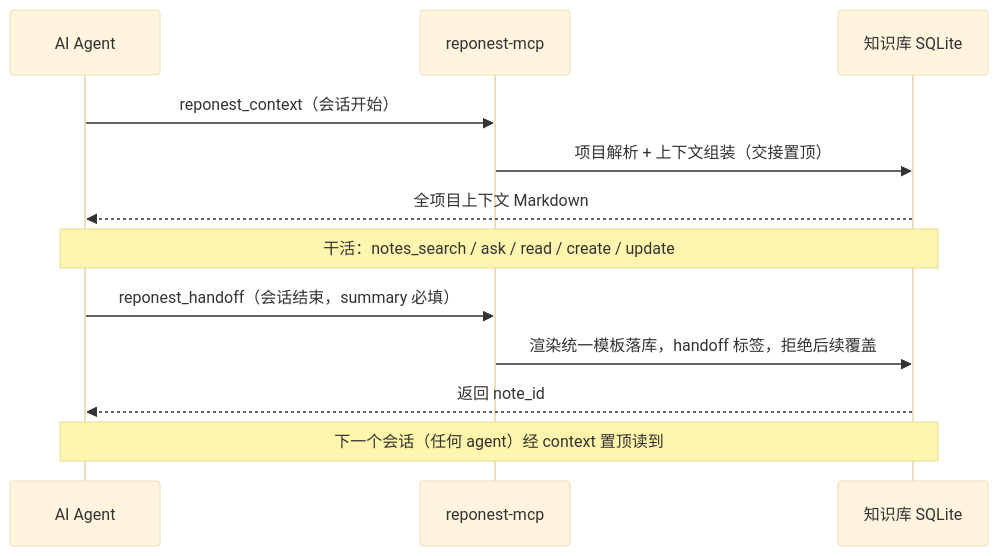
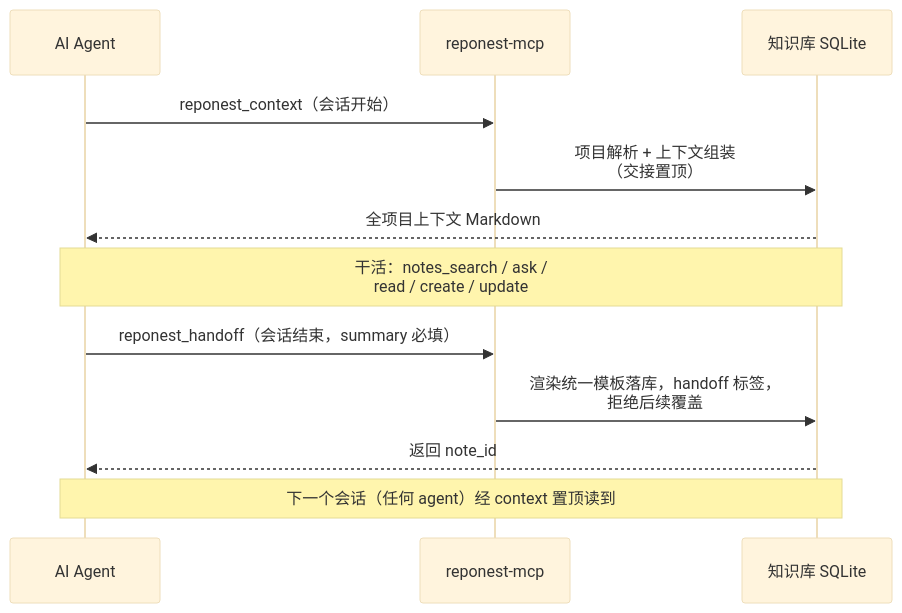
One commit to sky-jiangcheng/RepoNest changed the diagram in docs/features/ai-integration.md. Above: the diagram before and after it, drawn with Mermaid (base theme). The commit also changed 8 other files, not shown here.

Commit message:
docs(diagrams): improve readability of dense architecture diagrams

````diff
--- a/docs/features/ai-integration.md
+++ b/docs/features/ai-integration.md
@@ -36,14 +36,14 @@
 ```mermaid
 sequenceDiagram
     participant A as AI Agent
     participant R as reponest-mcp
     participant K as 知识库 SQLite
     A->>R: reponest_context（会话开始）
-    R->>K: 项目解析 + 上下文组装（交接置顶）
+    R->>K: 项目解析 + 上下文组装<br>（交接置顶）
     K-->>A: 全项目上下文 Markdown
-    Note over A,K: 干活：notes_search / ask / read / create / update
+    Note over A,K: 干活：notes_search / ask /<br>read / create / update
     A->>R: reponest_handoff（会话结束，summary 必填）
-    R->>K: 渲染统一模板落库，handoff 标签，拒绝后续覆盖
+    R->>K: 渲染统一模板落库，handoff 标签，<br>拒绝后续覆盖
     K-->>A: 返回 note_id
     Note over K,A: 下一个会话（任何 agent）经 context 置顶读到
 ```
````
